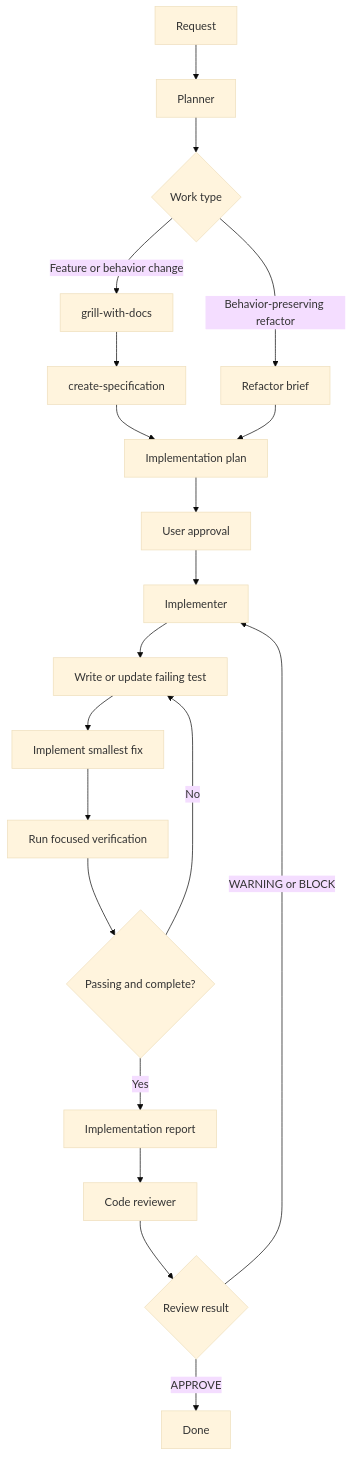
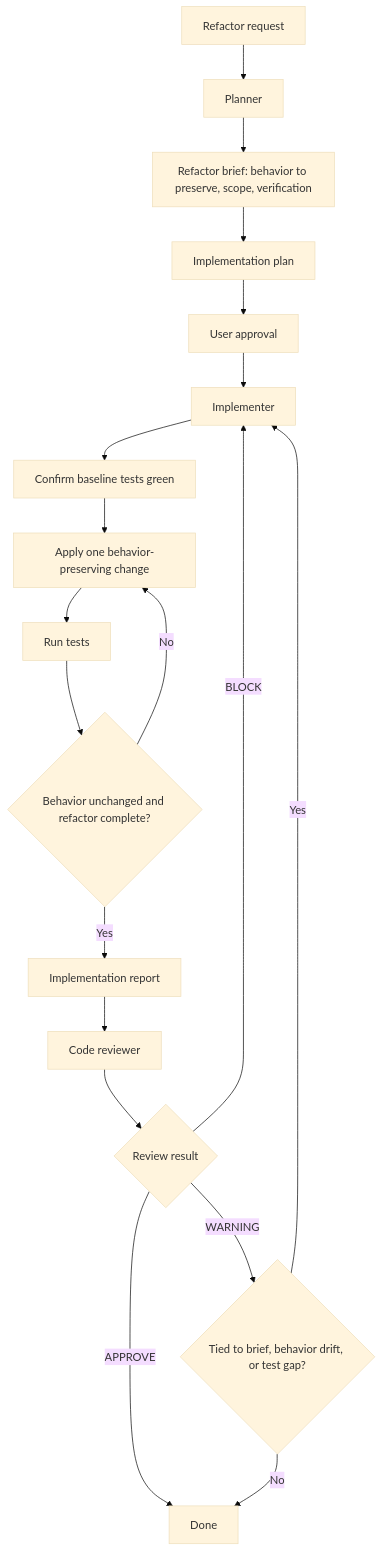
Before and after one commit to aloilor/lean-coding-agent: the third of 4 diagrams in README.md, drawn with Mermaid (base theme). The commit also changed other lines of this file, not shown here.

First line of the commit message:
docs(readme): split feature and refactor workflows and document TDD-driven review

````diff
--- a/README.md
+++ b/README.md
@@ -52,22 +81,21 @@
 ```mermaid
 flowchart TD
-    A[Request] --> B[Planner]
-    B --> C{Work type}
-    C -->|Feature or behavior change| D[grill-with-docs]
-    D --> E[create-specification]
-    C -->|Behavior-preserving refactor| F[Refactor brief]
-    E --> G[Implementation plan]
-    F --> G
-    G --> H[User approval]
-    H --> I[Implementer]
-    I --> J[Write or update failing test]
-    J --> K[Implement smallest fix]
-    K --> L[Run focused verification]
-    L --> M{Passing and complete?}
-    M -->|No| J
-    M -->|Yes| N[Implementation report]
-    N --> O[Code reviewer]
-    O --> P{Review result}
-    P -->|APPROVE| Q[Done]
-    P -->|WARNING or BLOCK| I
+    A[Refactor request] --> B[Planner]
+    B --> C[Refactor brief: behavior to preserve, scope, verification]
+    C --> D[Implementation plan]
+    D --> E[User approval]
+    E --> F[Implementer]
+    F --> G[Confirm baseline tests green]
+    G --> H[Apply one behavior-preserving change]
+    H --> I[Run tests]
+    I --> J{Behavior unchanged and refactor complete?}
+    J -->|No| H
+    J -->|Yes| K[Implementation report]
+    K --> L[Code reviewer]
+    L --> M{Review result}
+    M -->|APPROVE| N[Done]
+    M -->|BLOCK| F
+    M -->|WARNING| O{Tied to brief, behavior drift, or test gap?}
+    O -->|Yes| F
+    O -->|No| N
 ```
````
